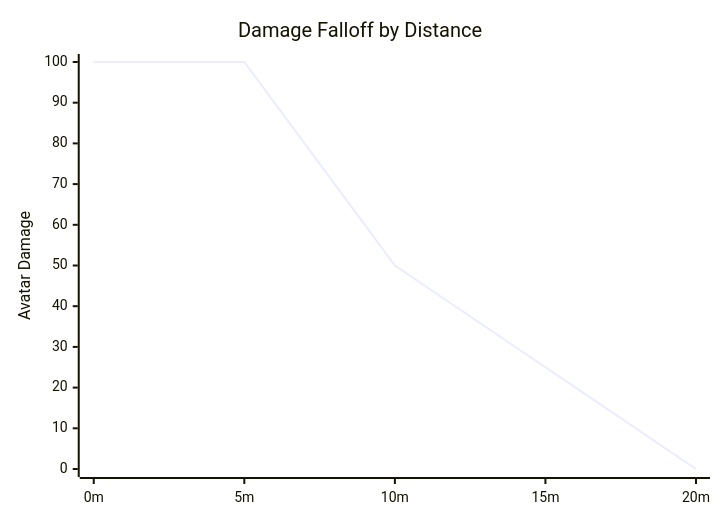
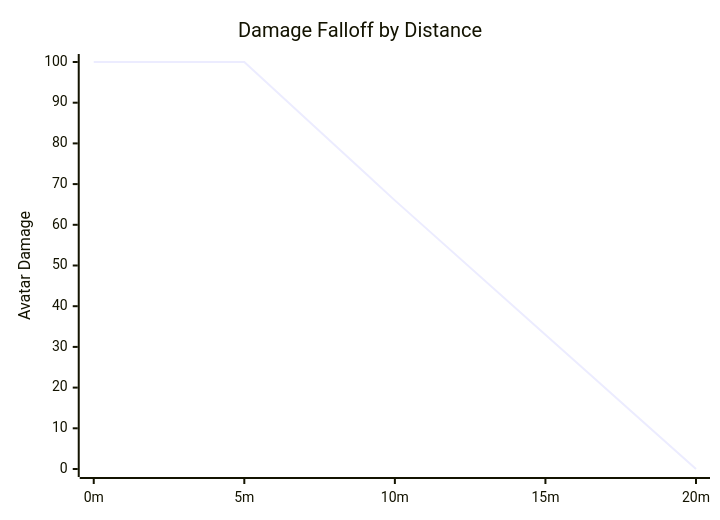
One commit to soapyf/Ashguard-Documents changed the diagram in equipment/Layer 2/Flame Torrent.md. Above: the diagram before and after it, drawn with Mermaid.

Commit message:
Update damage falloff chart in Flame Torrent documentation for accuracy

````diff
--- a/equipment/Layer 2/Flame Torrent.md
+++ b/equipment/Layer 2/Flame Torrent.md
@@ -42,7 +42,7 @@
 ```mermaid
 xychart-beta
     title "Damage Falloff by Distance"
     x-axis ["0m", "5m", "10m", "15m", "20m"]
     y-axis "Avatar Damage" 0 --> 100
-    line [100, 100, 50, 25, 0]
+    line [100, 100, 66, 33, 0]
 ```
````
